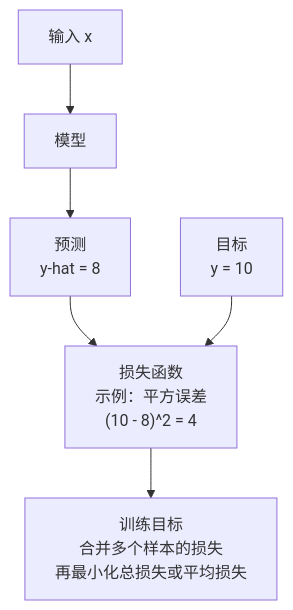
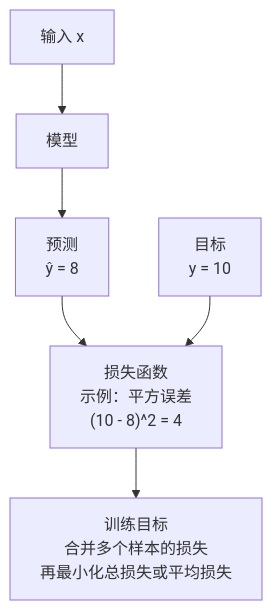
The diagram in docs/assets/part-02/chapter-06/loss-objective-flow-zh.mmd (devchan64/AiBook), drawn with Mermaid before and after one commit. The commit also changed 5 other files, not shown here.

```diff
--- a/docs/assets/part-02/chapter-06/loss-objective-flow-zh.mmd
+++ b/docs/assets/part-02/chapter-06/loss-objective-flow-zh.mmd
@@ -1,12 +1,12 @@
 flowchart TD
   X["输入 x"]
   M["模型"]
-  P["预测<br/>y-hat = 8"]
+  P["预测<br/>ŷ = 8"]
   Y["目标<br/>y = 10"]
   L["损失函数<br/>示例：平方误差<br/>(10 - 8)^2 = 4"]
   O["训练目标<br/>合并多个样本的损失<br/>再最小化总损失或平均损失"]
 
   X --> M --> P
   P --> L
   Y --> L
   L --> O
```
